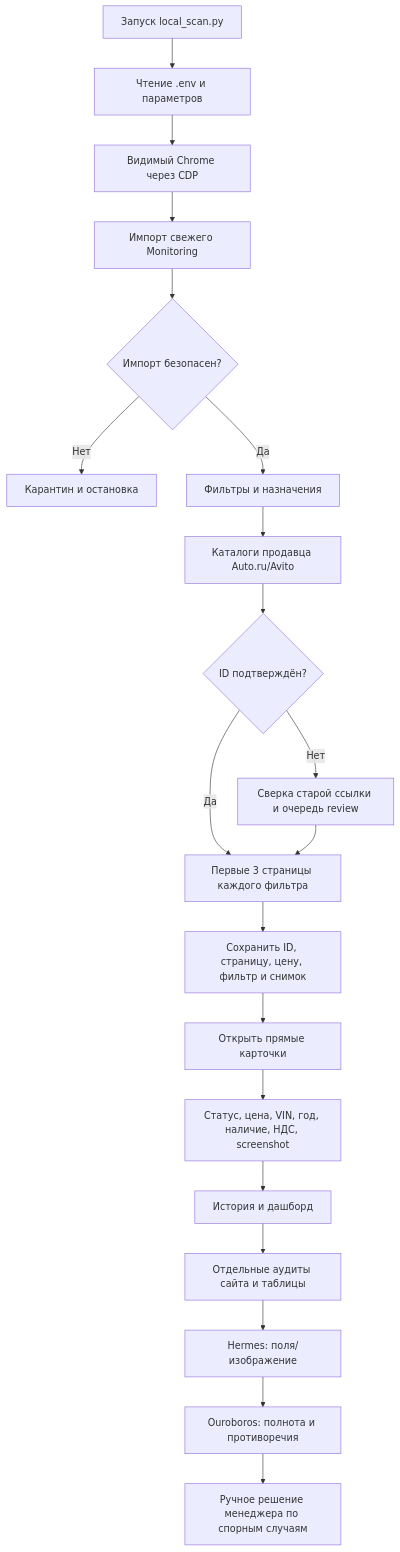
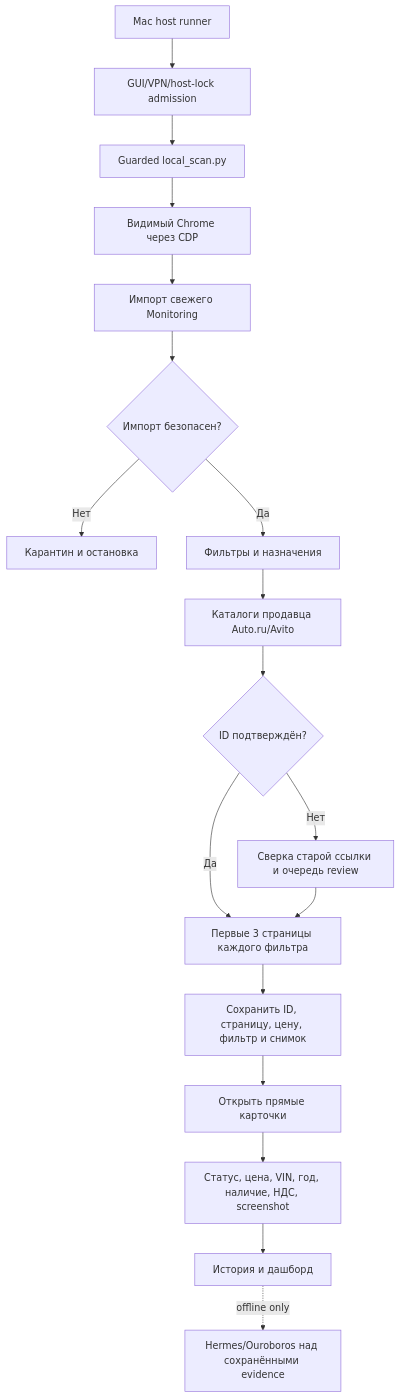
Before and after one commit to SilverCatSC/A1_Monitoring: the diagram in docs/PROJECT_DOSSIER.md, drawn with Mermaid. The commit also changed other lines of this file and 52 other files, not shown here.

Commit message:
feat: enforce MacBook monitoring admission

````diff
--- a/docs/PROJECT_DOSSIER.md
+++ b/docs/PROJECT_DOSSIER.md
@@ -104,22 +110,20 @@
 ```mermaid
 flowchart TD
-    A[Запуск local_scan.py] --> B[Чтение .env и параметров]
-    B --> C[Видимый Chrome через CDP]
-    C --> D[Импорт свежего Monitoring]
-    D --> E{Импорт безопасен?}
-    E -- Нет --> X[Карантин и остановка]
-    E -- Да --> F[Фильтры и назначения]
-    F --> G[Каталоги продавца Auto.ru/Avito]
-    G --> H{ID подтверждён?}
-    H -- Нет --> I[Сверка старой ссылки и очередь review]
-    H -- Да --> J[Первые 3 страницы каждого фильтра]
-    I --> J
-    J --> K[Сохранить ID, страницу, цену, фильтр и снимок]
-    K --> L[Открыть прямые карточки]
-    L --> M[Статус, цена, VIN, год, наличие, НДС, screenshot]
-    M --> N[История и дашборд]
-    N --> O[Отдельные аудиты сайта и таблицы]
-    O --> P[Hermes: поля/изображение]
-    P --> Q[Ouroboros: полнота и противоречия]
-    Q --> R[Ручное решение менеджера по спорным случаям]
+    A[Mac host runner] --> B[GUI/VPN/host-lock admission]
+    B --> C[Guarded local_scan.py]
+    C --> D[Видимый Chrome через CDP]
+    D --> E[Импорт свежего Monitoring]
+    E --> F{Импорт безопасен?}
+    F -- Нет --> X[Карантин и остановка]
+    F -- Да --> G[Фильтры и назначения]
+    G --> H[Каталоги продавца Auto.ru/Avito]
+    H --> I{ID подтверждён?}
+    I -- Нет --> J[Сверка старой ссылки и очередь review]
+    I -- Да --> K[Первые 3 страницы каждого фильтра]
+    J --> K
+    K --> L[Сохранить ID, страницу, цену, фильтр и снимок]
+    L --> M[Открыть прямые карточки]
+    M --> N[Статус, цена, VIN, год, наличие, НДС, screenshot]
+    N --> O[История и дашборд]
+    O -. offline only .-> P[Hermes/Ouroboros над сохранёнными evidence]
 ```
````
